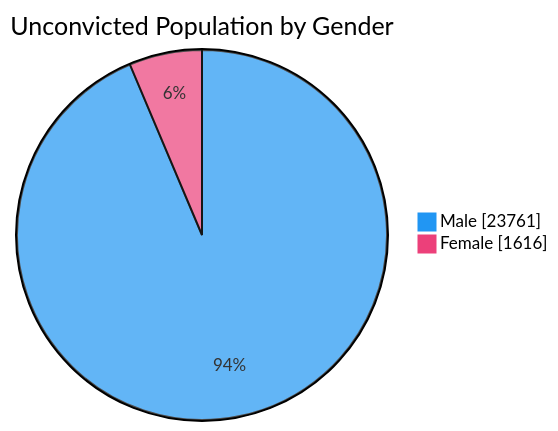
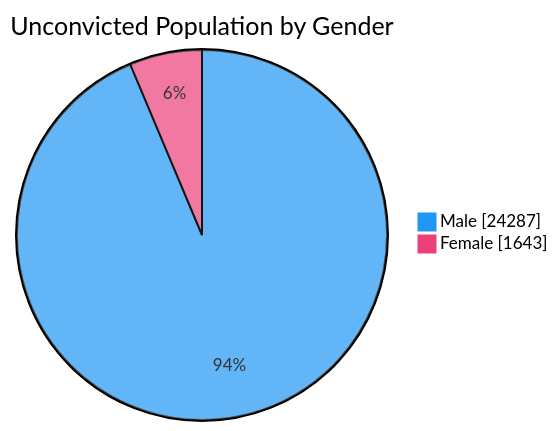
One commit to nuuuwan/lk_prisons changed the fourth of 7 diagrams in README.md. Above: the diagram before and after it, drawn with Mermaid. The commit also changed other lines of this file and 1 other file, not shown here.

````diff
--- a/README.md
+++ b/README.md
@@ -76,6 +76,6 @@
 ```mermaid
 %%{init: {'themeVariables': {'pie1': '#2196F3', 'pie2': '#EC407A'}}}%%
 pie showData title Unconvicted Population by Gender
-    "Male" : 23761
-    "Female" : 1616
+    "Male" : 24287
+    "Female" : 1643
 ```
````
